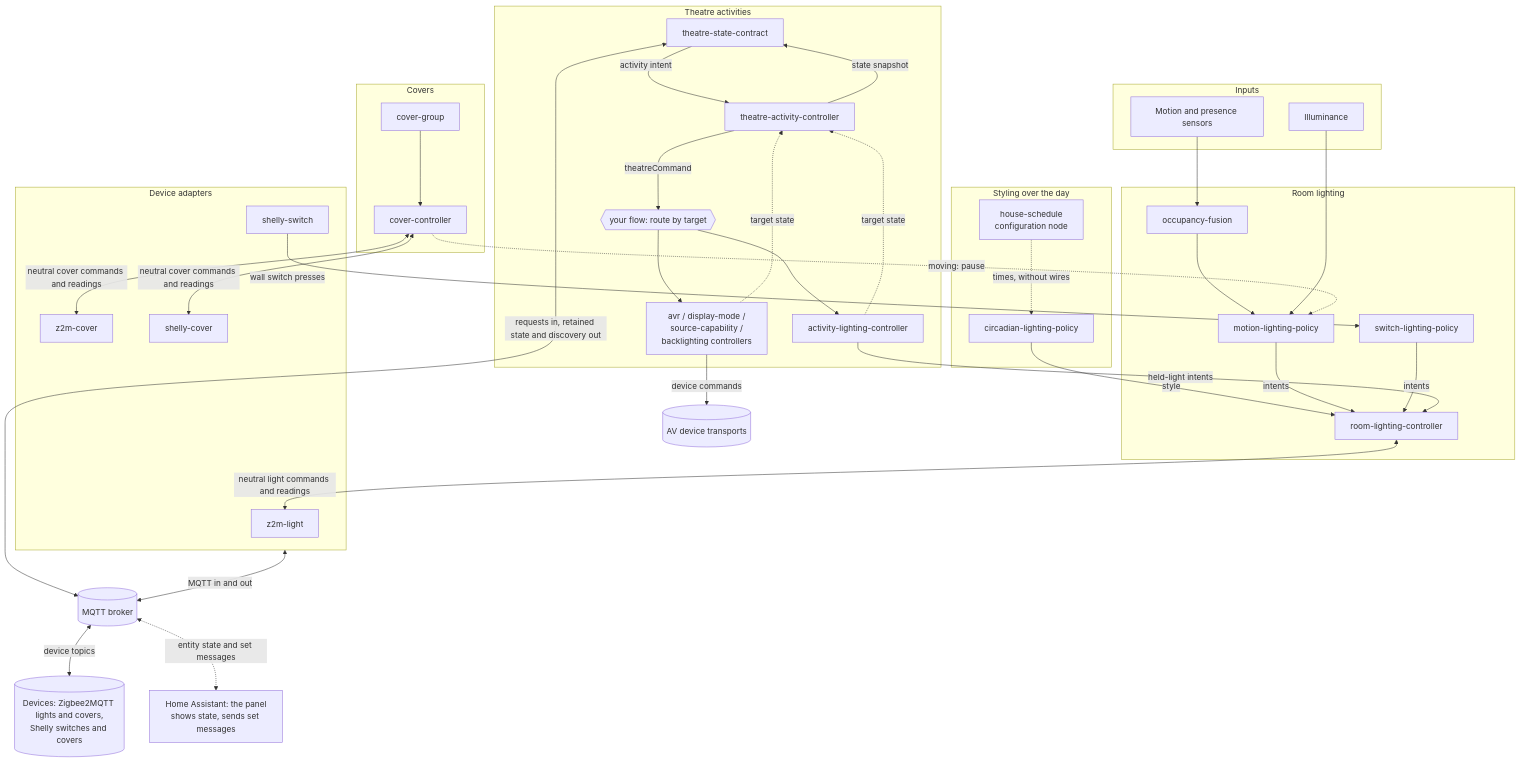
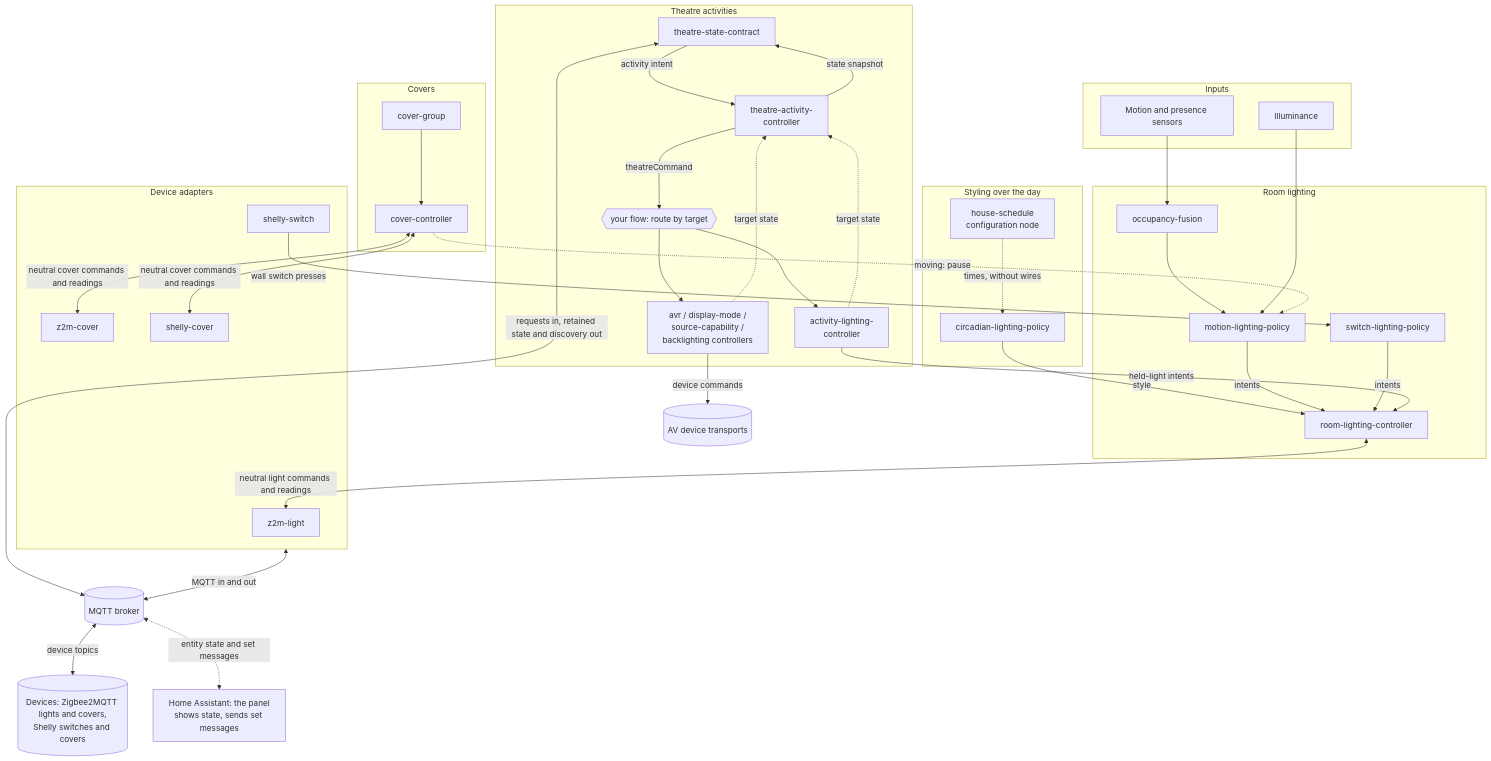
Before and after one commit to avantics-hq/node-red-home-automation: the diagram in docs/images/architecture.mmd, drawn with Mermaid. The commit also changed 1 other file, not shown here.

Commit message:
Render the 6.0 architecture diagram
Regenerated with npm run diagrams now that this environment has
Chromium's libraries. Two long node names break at the hyphen instead
of mid-word.

```diff
--- a/docs/images/architecture.mmd
+++ b/docs/images/architecture.mmd
@@ -1,65 +1,65 @@
 flowchart TB
   subgraph In[Inputs]
     SENS[Motion and presence sensors]
     LUX[Illuminance]
   end
   subgraph Style[Styling over the day]
     HS[house-schedule<br/>configuration node]
     CIRC[circadian-lighting-policy]
   end
   subgraph Room[Room lighting]
     OCC[occupancy-fusion]
     MOT[motion-lighting-policy]
     SW[switch-lighting-policy]
     ROOM[room-lighting-controller]
   end
   subgraph Cov[Covers]
     GRP[cover-group]
     COV[cover-controller]
   end
   subgraph Act[Theatre activities]
     CON[theatre-state-contract]
-    ACT[theatre-activity-controller]
+    ACT["theatre-activity-<br/>controller"]
     ROUTE{{your flow: route by target}}
-    AL[activity-lighting-controller]
+    AL["activity-lighting-<br/>controller"]
     EQ[avr / display-mode /<br/>source-capability /<br/>backlighting controllers]
   end
   subgraph Adapt[Device adapters]
     ZL[z2m-light]
     SS[shelly-switch]
     ZC[z2m-cover]
     SC[shelly-cover]
   end
   BROKER[(MQTT broker)]
   HA[Home Assistant: the panel<br/>shows state, sends set messages]
   DEV[(Devices: Zigbee2MQTT lights and covers,<br/>Shelly switches and covers)]
   AV[(AV device transports)]
 
   SENS --> OCC --> MOT
   LUX --> MOT
   HS -. times, without wires .-> CIRC
   CIRC -- style --> ROOM
   MOT -- intents --> ROOM
   SW -- intents --> ROOM
   GRP --> COV
   COV -. moving: pause .-> MOT
 
   ROOM <-- neutral light commands and readings --> ZL
   COV <-- neutral cover commands and readings --> ZC
   COV <-- neutral cover commands and readings --> SC
   SS -- wall switch presses --> SW
 
   CON -- activity intent --> ACT
   ACT -- state snapshot --> CON
   ACT -- theatreCommand --> ROUTE
   ROUTE --> EQ
   ROUTE --> AL
   EQ -. target state .-> ACT
   AL -. target state .-> ACT
   AL -- held-light intents --> ROOM
   EQ -- device commands --> AV
 
   Adapt <-- MQTT in and out --> BROKER
   CON <-- requests in, retained state and discovery out --> BROKER
   BROKER <-- device topics --> DEV
   BROKER <-. entity state and set messages .-> HA
```
